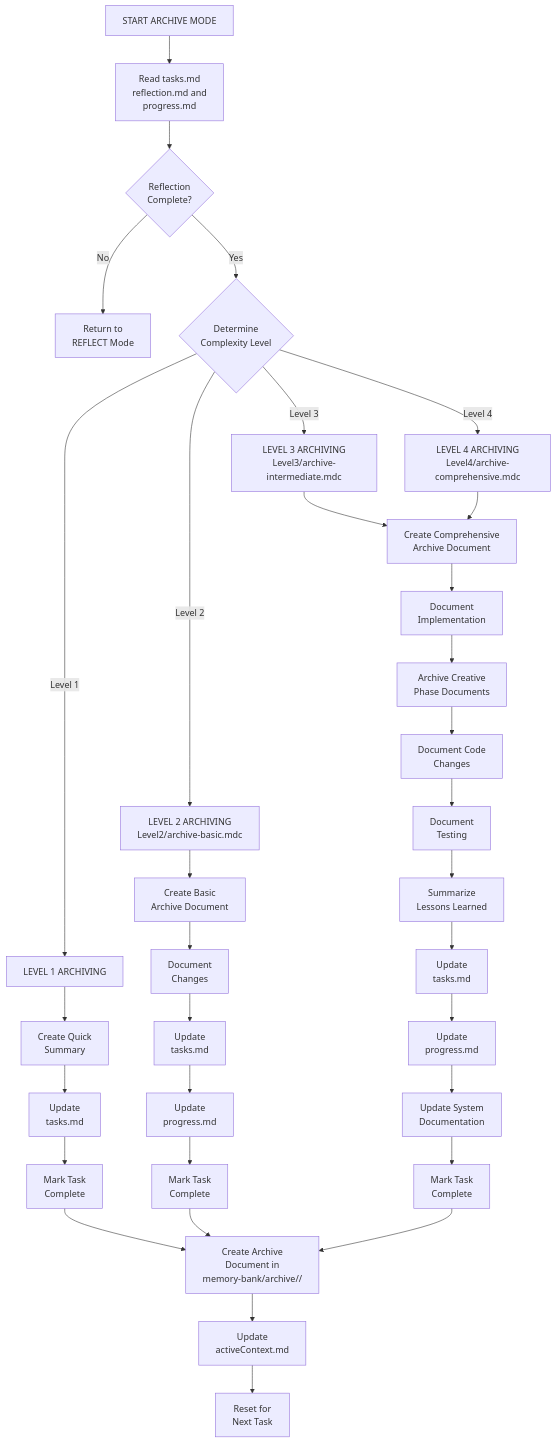
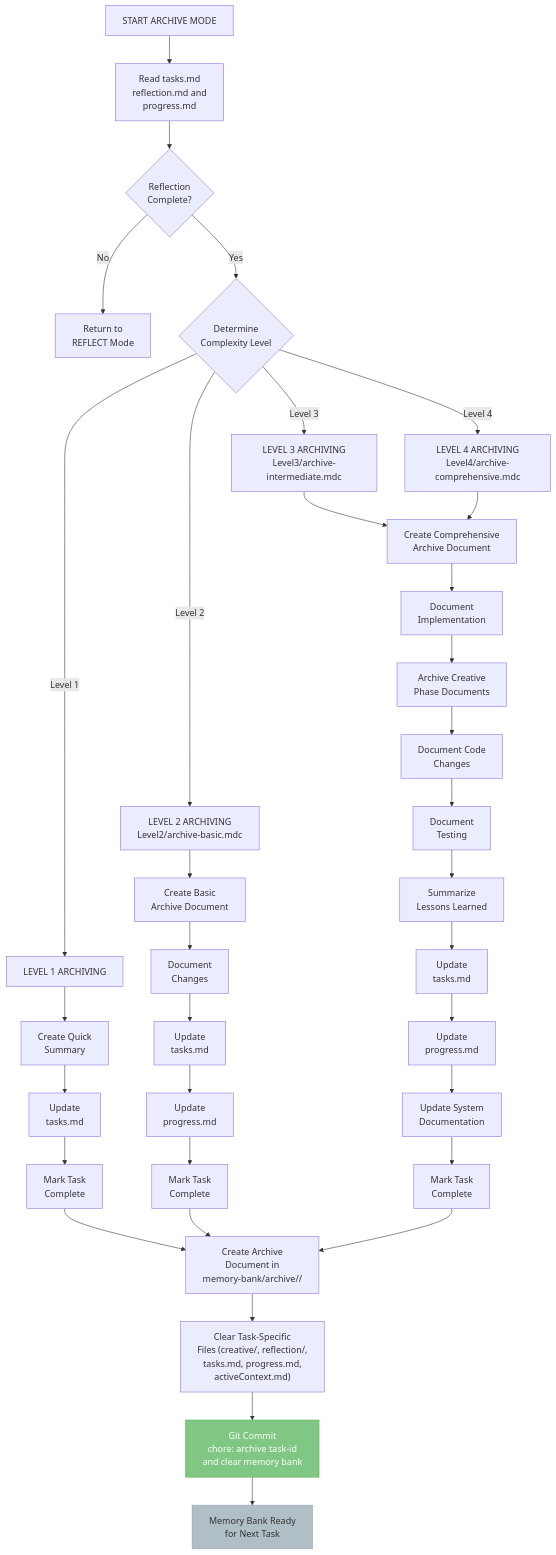
One commit to Texarkanine/.cursor-rules changed the first of 6 diagrams in rulesets/niko/niko/visual-maps/archive-mode-map.mdc. Above: the diagram before and after it, drawn with Mermaid. The commit also changed other lines of this file and 4 other files, not shown here.

Commit message:
feat(niko): embed "archive clear" into the main archive task

````diff
--- a/rulesets/niko/niko/visual-maps/archive-mode-map.mdc
+++ b/rulesets/niko/niko/visual-maps/archive-mode-map.mdc
@@ -13,44 +13,48 @@
 ```mermaid
 graph TD
     Start["START ARCHIVE MODE"] --> ReadTasks["Read tasks.md<br>reflection.md and<br>progress.md"]
     
     %% Initial Assessment
     ReadTasks --> VerifyReflect{"Reflection<br>Complete?"}
     VerifyReflect -->|"No"| ReturnReflect["Return to<br>REFLECT Mode"]
     VerifyReflect -->|"Yes"| AssessLevel{"Determine<br>Complexity Level"}
     
     %% Level-Based Archiving
     AssessLevel -->|"Level 1"| L1Archive["LEVEL 1 ARCHIVING"]
     AssessLevel -->|"Level 2"| L2Archive["LEVEL 2 ARCHIVING<br>Level2/archive-basic.mdc"]
     AssessLevel -->|"Level 3"| L3Archive["LEVEL 3 ARCHIVING<br>Level3/archive-intermediate.mdc"]
     AssessLevel -->|"Level 4"| L4Archive["LEVEL 4 ARCHIVING<br>Level4/archive-comprehensive.mdc"]
     
     %% Level 1 Archiving (Minimal)
     L1Archive --> L1Summary["Create Quick<br>Summary"]
     L1Summary --> L1Task["Update<br>tasks.md"]
     L1Task --> L1Complete["Mark Task<br>Complete"]
     
     %% Level 2 Archiving (Basic)
     L2Archive --> L2Summary["Create Basic<br>Archive Document"]
     L2Summary --> L2Doc["Document<br>Changes"]
     L2Doc --> L2Task["Update<br>tasks.md"]
     L2Task --> L2Progress["Update<br>progress.md"]
     L2Progress --> L2Complete["Mark Task<br>Complete"]
     
     %% Level 3-4 Archiving (Comprehensive)
     L3Archive & L4Archive --> L34Summary["Create Comprehensive<br>Archive Document"]
     L34Summary --> L34Doc["Document<br>Implementation"]
     L34Doc --> L34Creative["Archive Creative<br>Phase Documents"]
     L34Creative --> L34Code["Document Code<br>Changes"]
     L34Code --> L34Test["Document<br>Testing"]
     L34Test --> L34Lessons["Summarize<br>Lessons Learned"]
     L34Lessons --> L34Task["Update<br>tasks.md"]
     L34Task --> L34Progress["Update<br>progress.md"]
     L34Progress --> L34System["Update System<br>Documentation"]
     L34System --> L34Complete["Mark Task<br>Complete"]
     
-    %% Completion
+    %% Completion - Archive, Clear, and Commit
     L1Complete & L2Complete & L34Complete --> CreateArchive["Create Archive<br>Document in<br>memory-bank/archive/<kind>/"]
-    CreateArchive --> UpdateActive["Update<br>activeContext.md"]
-    UpdateActive --> Reset["Reset for<br>Next Task"]
+    CreateArchive --> ClearFiles["Clear Task-Specific<br>Files (creative/, reflection/,<br>tasks.md, progress.md,<br>activeContext.md)"]
+    ClearFiles --> GitCommit["Git Commit<br>chore: archive task-id<br>and clear memory bank"]
+    GitCommit --> Ready["Memory Bank Ready<br>for Next Task"]
+    
+    style GitCommit fill:#81c784,stroke:#4caf50,color:#fff
+    style Ready fill:#b0bec5,stroke:#90a4ae
 ```
````
